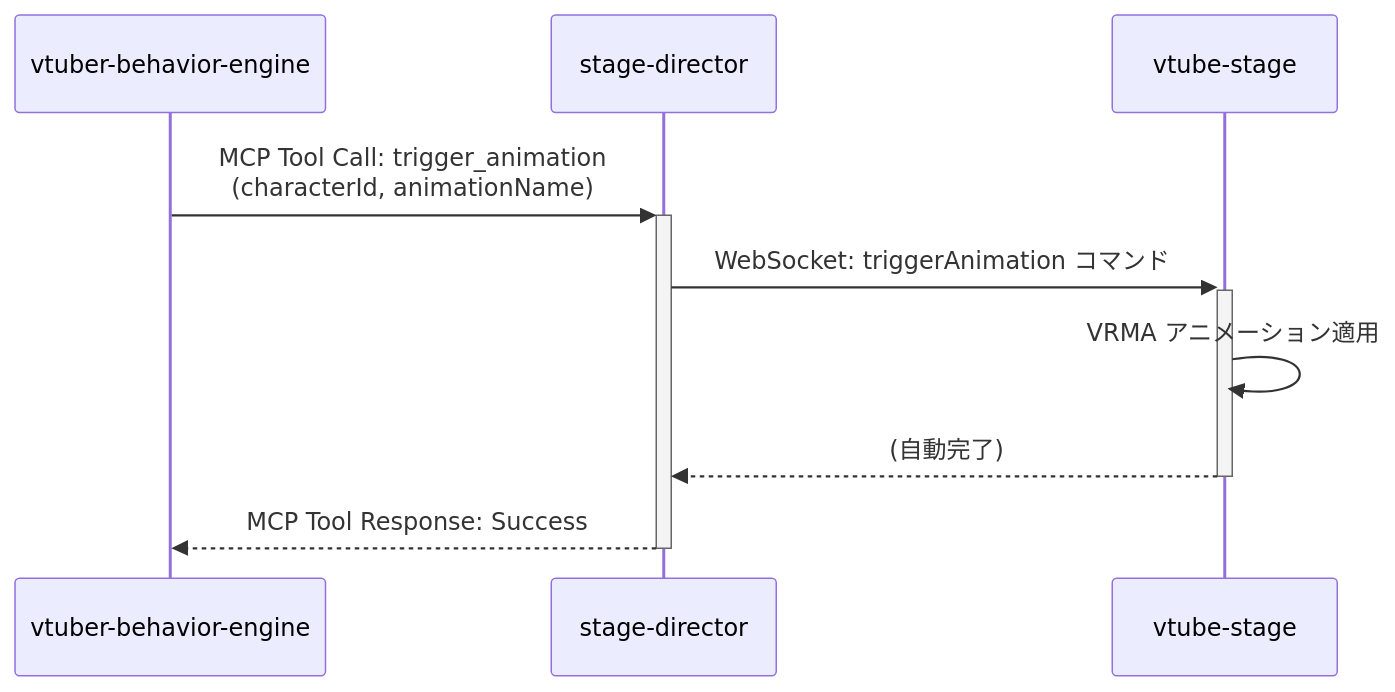
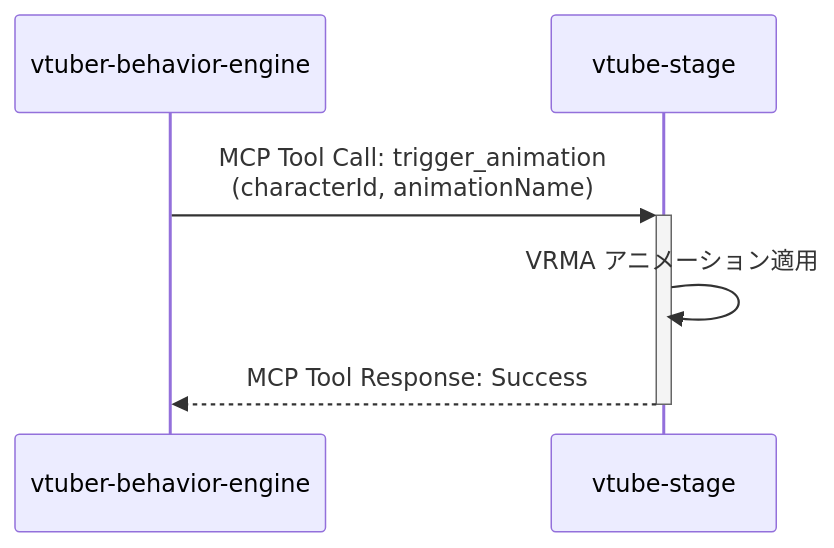
Before and after one commit to LongbowXXX/ai-tuber: the second of 3 diagrams in docs/architecture/key-flows.md, drawn with Mermaid. The commit also changed other lines of this file and 117 other files, not shown here.

Commit message:
feat: replace stage director with electron stage

````diff
--- a/docs/architecture/key-flows.md
+++ b/docs/architecture/key-flows.md
@@ -65,12 +58,9 @@
 ```mermaid
 sequenceDiagram
     participant VBE as vtuber-behavior-engine
-    participant SD as stage-director
     participant VS as vtube-stage
 
-    VBE ->>+ SD: MCP Tool Call: trigger_animation<br/>(characterId, animationName)
-    SD ->>+ VS: WebSocket: triggerAnimation コマンド
+    VBE ->>+ VS: MCP Tool Call: trigger_animation<br/>(characterId, animationName)
     VS ->> VS: VRMA アニメーション適用
-    VS -->>- SD: (自動完了)
-    SD -->>- VBE: MCP Tool Response: Success
+    VS -->>- VBE: MCP Tool Response: Success
 ```
````
